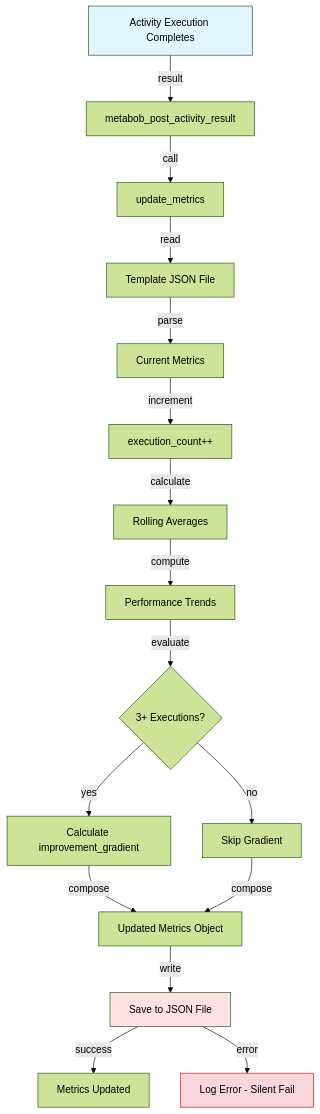
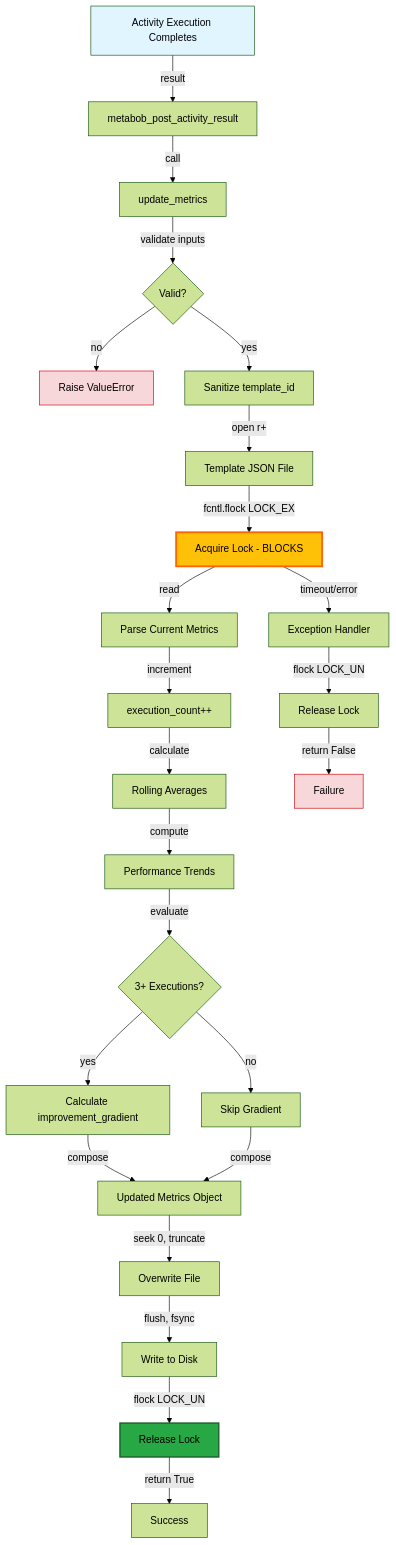
The third of 3 diagrams in docs/data-flows/boredom-activities-api-flow.md (AviGopal/substrate), drawn with Mermaid (forest theme) before and after one commit. The commit also changed other lines of this file and 2 other files, not shown here.

````diff
--- a/docs/data-flows/boredom-activities-api-flow.md
+++ b/docs/data-flows/boredom-activities-api-flow.md
@@ -107,22 +187,32 @@
 ```mermaid
 graph TD
     A[Activity Execution Completes] -->|result| B[metabob_post_activity_result]
     B -->|call| C[update_metrics]
-    C -->|read| D[Template JSON File]
-    D -->|parse| E[Current Metrics]
-    E -->|increment| F[execution_count++]
-    F -->|calculate| G[Rolling Averages]
-    G -->|compute| H[Performance Trends]
-    H -->|evaluate| I{3+ Executions?}
-    I -->|yes| J[Calculate improvement_gradient]
-    I -->|no| K[Skip Gradient]
-    J -->|compose| L[Updated Metrics Object]
-    K -->|compose| L
-    L -->|write| M[Save to JSON File]
-    M -->|success| N[Metrics Updated]
-    M -->|error| O[Log Error - Silent Fail]
+    C -->|validate inputs| D{Valid?}
+    D -->|no| E[Raise ValueError]
+    D -->|yes| F[Sanitize template_id]
+    F -->|open r+| G[Template JSON File]
+    G -->|fcntl.flock LOCK_EX| H[Acquire Lock - BLOCKS]
+    H -->|read| I[Parse Current Metrics]
+    I -->|increment| J[execution_count++]
+    J -->|calculate| K[Rolling Averages]
+    K -->|compute| L[Performance Trends]
+    L -->|evaluate| M{3+ Executions?}
+    M -->|yes| N[Calculate improvement_gradient]
+    M -->|no| O[Skip Gradient]
+    N -->|compose| P[Updated Metrics Object]
+    O -->|compose| P
+    P -->|seek 0, truncate| Q[Overwrite File]
+    Q -->|flush, fsync| R[Write to Disk]
+    R -->|flock LOCK_UN| S[Release Lock]
+    S -->|return True| T[Success]
+    H -->|timeout/error| U[Exception Handler]
+    U -->|flock LOCK_UN| V[Release Lock]
+    V -->|return False| W[Failure]
     
     style A fill:#e1f5ff
-    style M fill:#ffe1e1
-    style O fill:#f8d7da,stroke:#cc0000
+    style H fill:#ffc107,stroke:#ff6600,stroke-width:3px
+    style S fill:#28a745,stroke:#155724,stroke-width:2px
+    style E fill:#f8d7da,stroke:#cc0000
+    style W fill:#f8d7da,stroke:#cc0000
 ```
````
